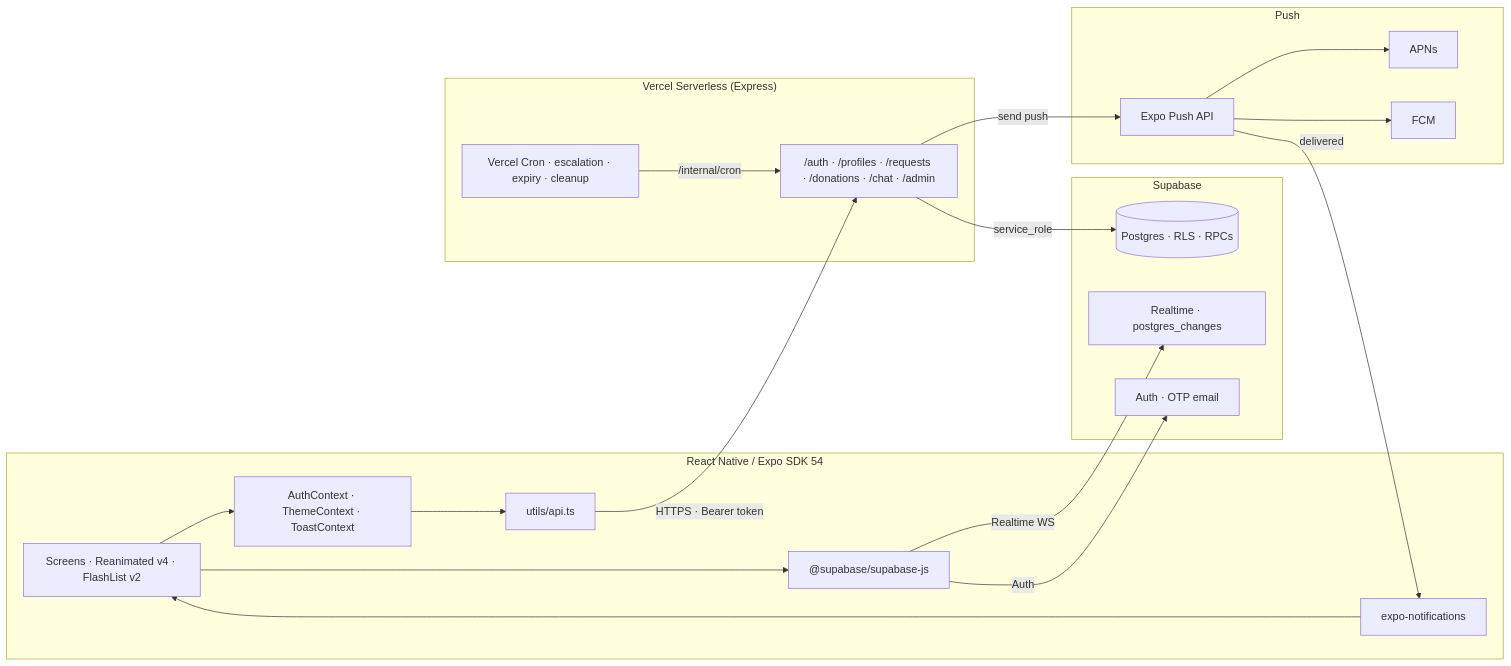
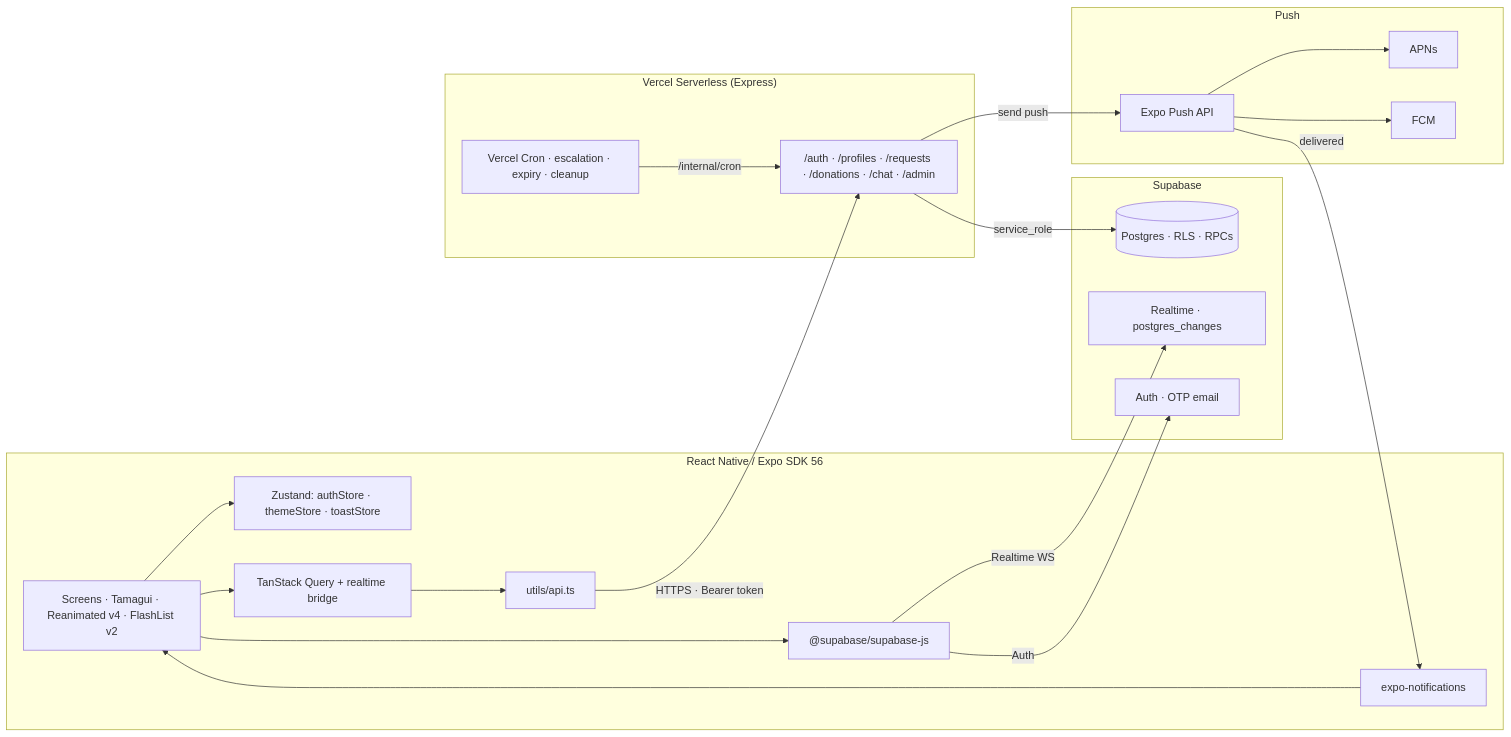
Before and after one commit to aashir-athar/BludStack-RN: the first of 3 diagrams in README.md, drawn with Mermaid. The commit also changed other lines of this file and 1 other file, not shown here.

First line of the commit message:
docs: refresh README for the new stack + add zero-to-deploy guide

````diff
--- a/README.md
+++ b/README.md
@@ -90,40 +90,42 @@
 ```mermaid
 flowchart LR
-  subgraph Mobile["React Native / Expo SDK 54"]
-    UI["Screens · Reanimated v4 · FlashList v2"]
-    AuthCtx["AuthContext · ThemeContext · ToastContext"]
+  subgraph Mobile["React Native / Expo SDK 56"]
+    UI["Screens · Tamagui · Reanimated v4 · FlashList v2"]
+    Stores["Zustand: authStore · themeStore · toastStore"]
+    Query["TanStack Query + realtime bridge"]
     APIClient["utils/api.ts"]
     SBClient["@supabase/supabase-js"]
     Notif["expo-notifications"]
   end
 
   subgraph Vercel["Vercel Serverless (Express)"]
     API["/auth · /profiles · /requests · /donations · /chat · /admin"]
     Cron["Vercel Cron · escalation · expiry · cleanup"]
   end
 
   subgraph Supabase["Supabase"]
     PG[("Postgres · RLS · RPCs")]
     RT["Realtime · postgres_changes"]
     Auth["Auth · OTP email"]
   end
 
   subgraph Push["Push"]
     Expo["Expo Push API"]
     APNs["APNs"]
     FCM["FCM"]
   end
 
-  UI --> AuthCtx --> APIClient
+  UI --> Stores
+  UI --> Query --> APIClient
   UI --> SBClient
   APIClient -- "HTTPS · Bearer token" --> API
   SBClient -- "Realtime WS" --> RT
   SBClient -- "Auth" --> Auth
   API -- "service_role" --> PG
   Cron -- "/internal/cron" --> API
   API -- "send push" --> Expo
   Expo --> APNs
   Expo --> FCM
   Expo -- "delivered" --> Notif
   Notif --> UI
 ```
````
